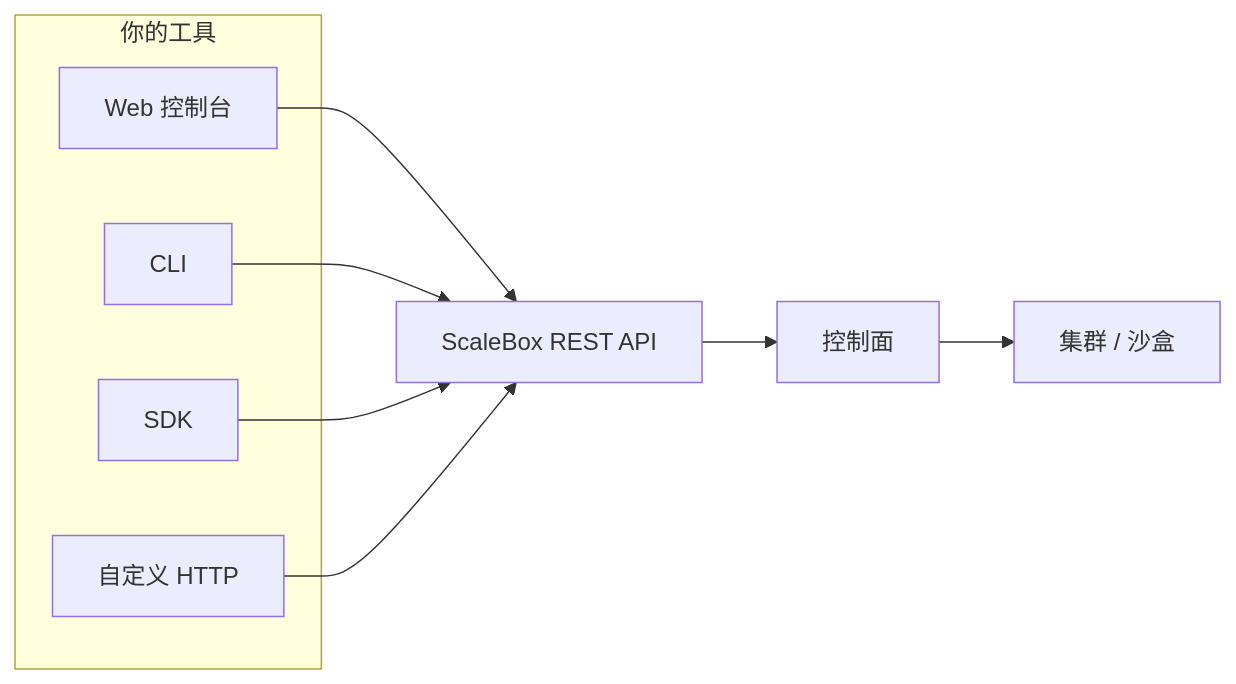
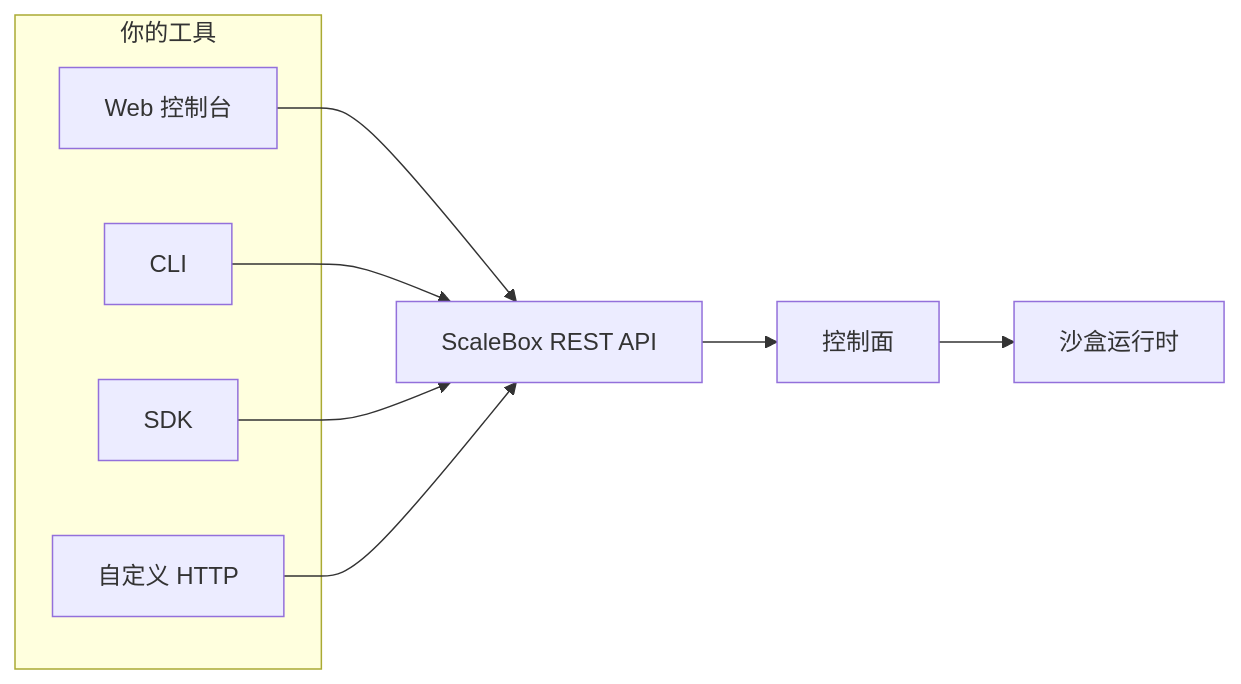
One commit to scalebox-dev/scalebox-docs changed the diagram in content/zh-cn/guides/architecture-overview.mdx. Above: the diagram before and after it, drawn with Mermaid. The commit also changed other lines of this file and 2 other files, not shown here.

First line of the commit message:
docs(guides): de-emphasize Kubernetes in platform architecture

````diff
--- a/content/zh-cn/guides/architecture-overview.mdx
+++ b/content/zh-cn/guides/architecture-overview.mdx
@@ -54,18 +54,18 @@
 ```mermaid
 flowchart LR
   subgraph clients [你的工具]
     Console[Web 控制台]
     CLI[CLI]
     SDK[SDK]
     Raw[自定义 HTTP]
   end
   API[ScaleBox REST API]
   CP[控制面]
-  K8s[集群 / 沙盒]
+  RT[沙盒运行时]
   Console --> API
   CLI --> API
   SDK --> API
   Raw --> API
   API --> CP
-  CP --> K8s
+  CP --> RT
 ```
````
